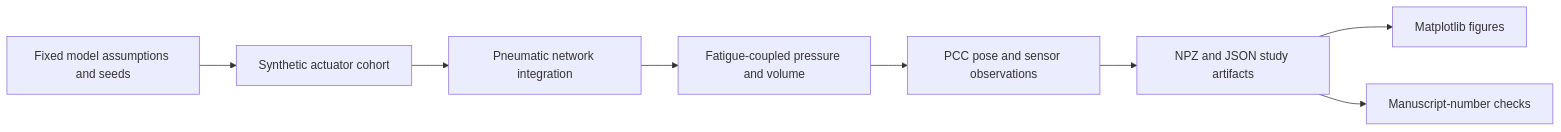
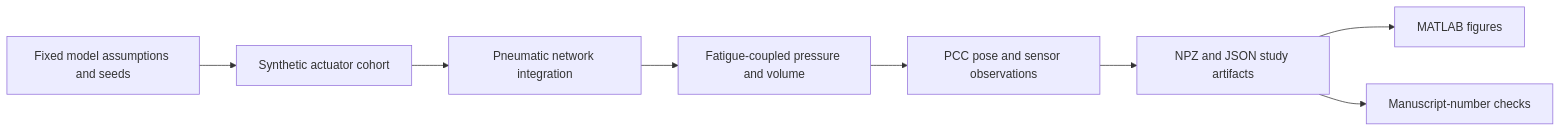
One commit to 500ft/soft-actuator-recalibration changed the diagram in docs/data-and-figures.md. Above: the diagram before and after it, drawn with Mermaid. The commit also changed other lines of this file and 150 other files, not shown here.

First line of the commit message:
Redraw figures with MATLAB and typeset tables in LaTeX (#61)

````diff
--- a/docs/data-and-figures.md
+++ b/docs/data-and-figures.md
@@ -108,10 +118,10 @@
 ```mermaid
 flowchart LR
     A[Fixed model assumptions and seeds] --> B[Synthetic actuator cohort]
     B --> C[Pneumatic network integration]
     C --> D[Fatigue-coupled pressure and volume]
     D --> E[PCC pose and sensor observations]
     E --> F[NPZ and JSON study artifacts]
-    F --> G[Matplotlib figures]
+    F --> G[MATLAB figures]
     F --> H[Manuscript-number checks]
 ```
````
